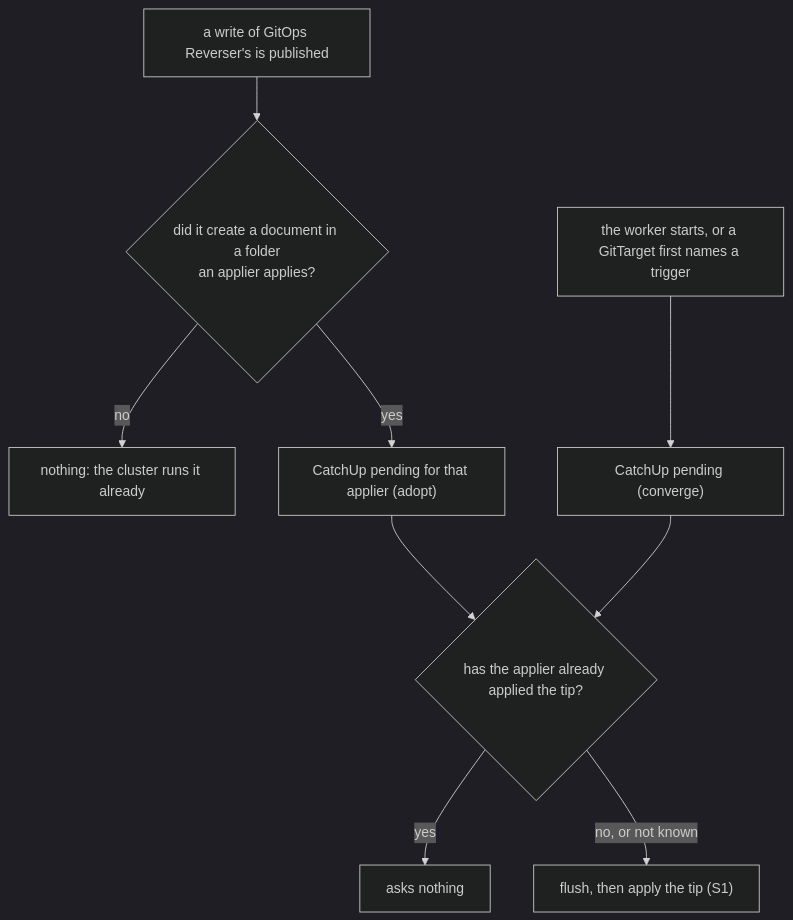
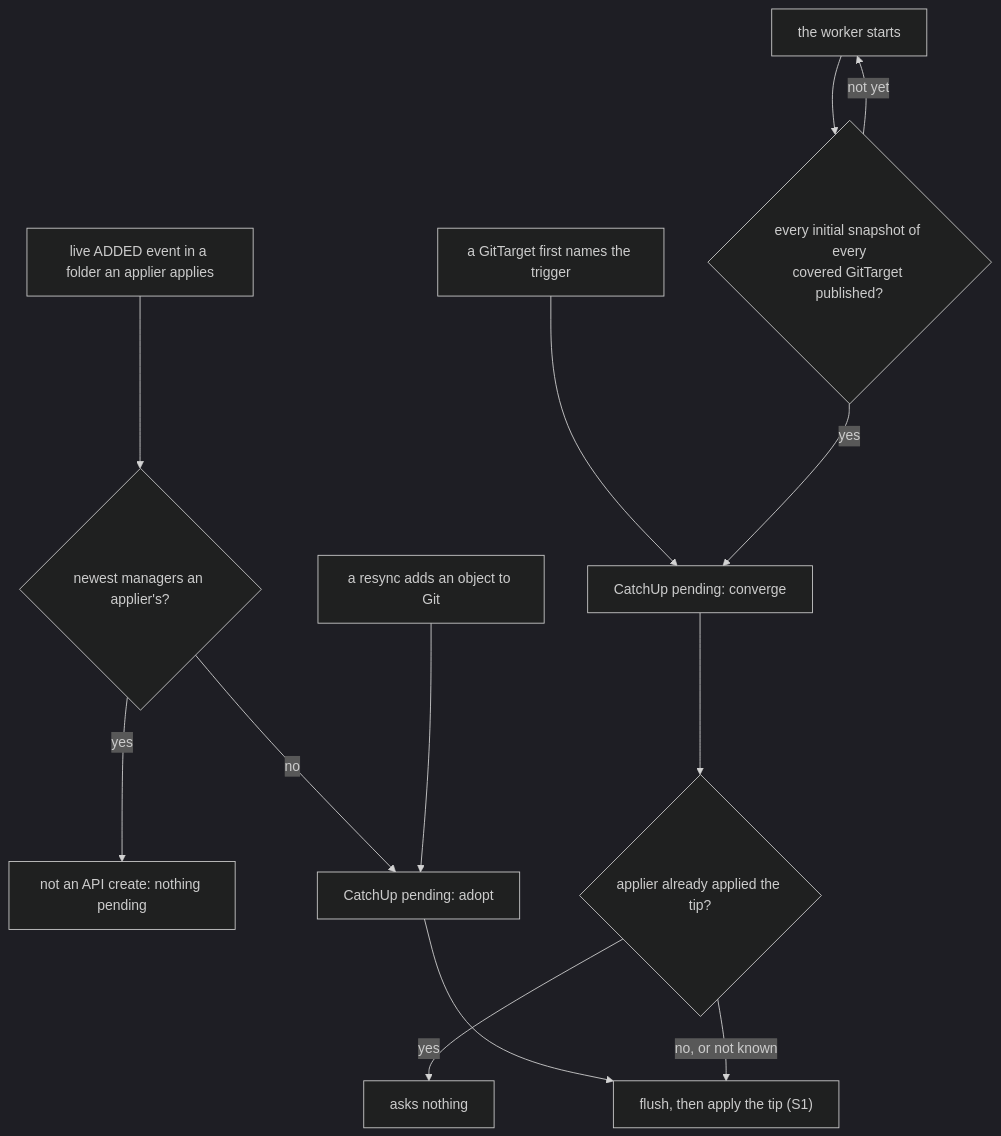
One commit to ConfigButler/gitops-reverser changed the sixth of 6 diagrams in docs/design/applier-echoes.md. Above: the diagram before and after it, drawn with Mermaid (dark theme). The commit also changed other lines of this file and 1 other file, not shown here.

First line of the commit message:
docs(design): close the gaps in the applier-echoes plan, and list its e2e scenarios

````diff
--- a/docs/design/applier-echoes.md
+++ b/docs/design/applier-echoes.md
@@ -370,11 +343,15 @@
 ```mermaid
 flowchart TD
-    P["a write of GitOps Reverser's is published"] --> C{"did it create a document in a folder<br/>an applier applies?"}
-    C -- no --> N["nothing: the cluster runs it already"]
-    C -- yes --> A["CatchUp pending for that applier (adopt)"]
-    S["the worker starts, or a GitTarget first names a trigger"] --> V["CatchUp pending (converge)"]
-    A --> D{"has the applier already applied the tip?"}
-    V --> D
-    D -- yes --> X["asks nothing"]
-    D -- "no, or not known" --> F["flush, then apply the tip (S1)"]
+    L["live ADDED event in a folder an applier applies"] --> W{"newest managers an applier's?"}
+    W -- yes --> X["not an API create: nothing pending"]
+    W -- no --> AD["CatchUp pending: adopt"]
+    R["a resync adds an object to Git"] --> AD
+    N["a GitTarget first names the trigger"] --> CV["CatchUp pending: converge"]
+    S["the worker starts"] --> B{"every initial snapshot of every<br/>covered GitTarget published?"}
+    B -- not yet --> S
+    B -- yes --> CV
+    AD --> F["flush, then apply the tip (S1)"]
+    CV --> D{"applier already applied the tip?"}
+    D -- yes --> NO["asks nothing"]
+    D -- "no, or not known" --> F
 ```
````
